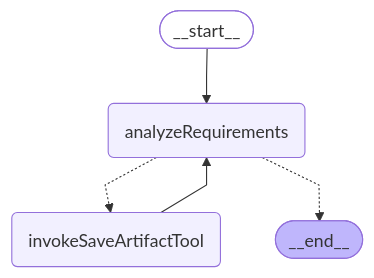
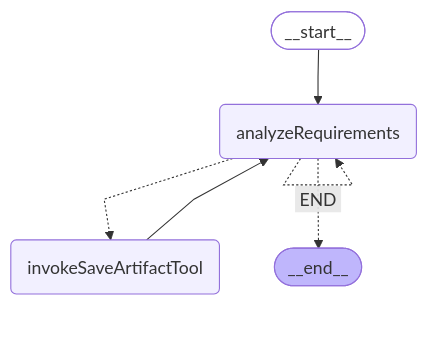
Before and after one commit to yzkee/liam: the third of 5 diagrams in frontend/internal-packages/agent/README.md, drawn with Mermaid. The commit also changed other lines of this file and 2 other files, not shown here.

Commit message:
improve agent graph tests: remove implementation details and add README sync
- Create missing PM Agent test file (createPmAgentGraph.test.ts)
- Remove implementation detail tests from DB and QA Agent test files
- Add README synchronization tests for all agent subgraphs
- Update README with actual generated Mermaid diagrams to ensure accuracy
- Follow "Test Observable Behavior" principle by testing only Mermaid output

Each test file now contains only:
1. Mermaid diagram generation test
2. README synchronization test

🤖 Generated with [Claude Code](https://claude.ai/code)

````diff
--- a/frontend/internal-packages/agent/README.md
+++ b/frontend/internal-packages/agent/README.md
@@ -127,15 +127,16 @@
 ```mermaid
 %%{init: {'flowchart': {'curve': 'linear'}}}%%
 graph TD;
 	__start__([<p>__start__</p>]):::first
 	analyzeRequirements(analyzeRequirements)
 	invokeSaveArtifactTool(invokeSaveArtifactTool)
 	__end__([<p>__end__</p>]):::last
 	__start__ --> analyzeRequirements;
 	invokeSaveArtifactTool --> analyzeRequirements;
 	analyzeRequirements -.-> invokeSaveArtifactTool;
-	analyzeRequirements -.-> __end__;
+	analyzeRequirements -. &nbsp;END&nbsp; .-> __end__;
+	analyzeRequirements -.-> analyzeRequirements;
 	classDef default fill:#f2f0ff,line-height:1.2;
 	classDef first fill-opacity:0;
 	classDef last fill:#bfb6fc;
 ```
````
